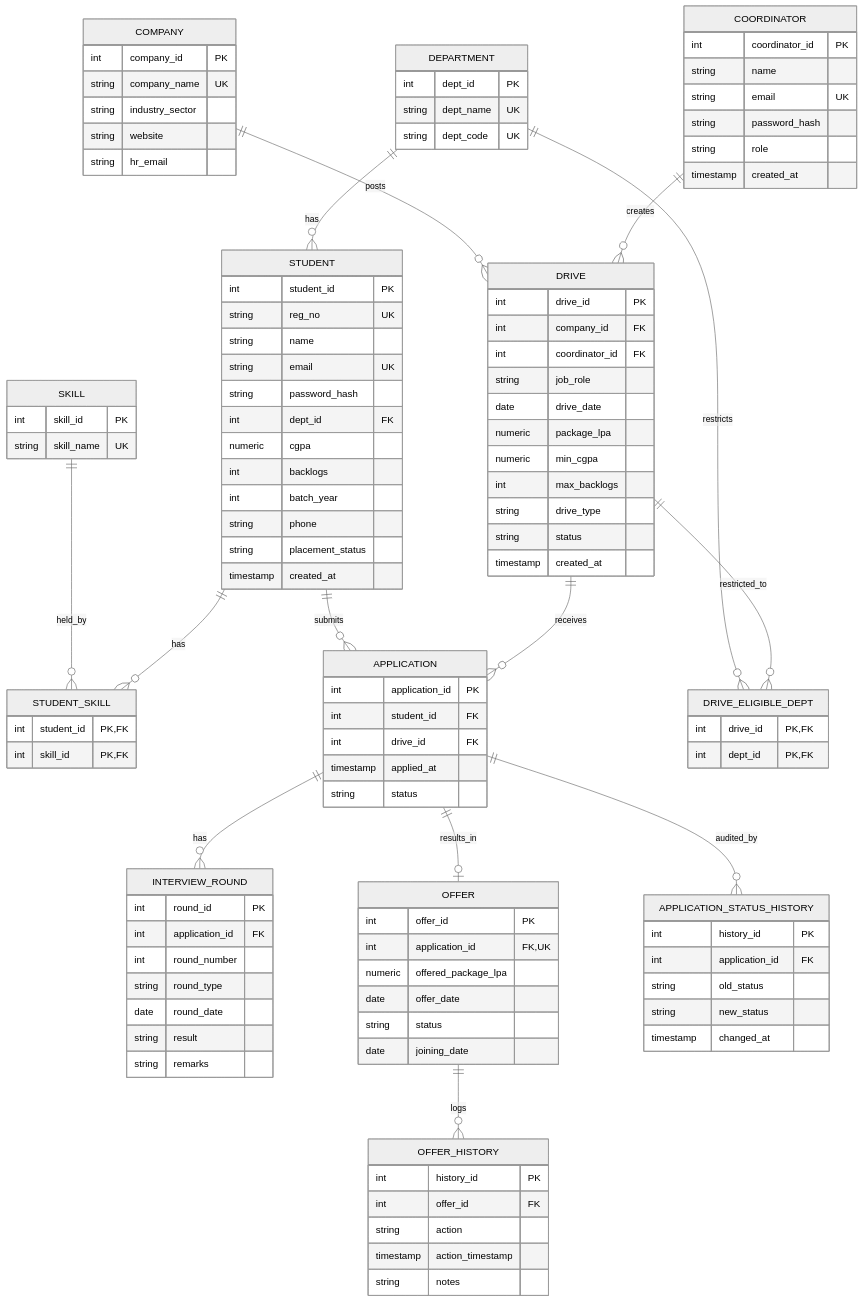
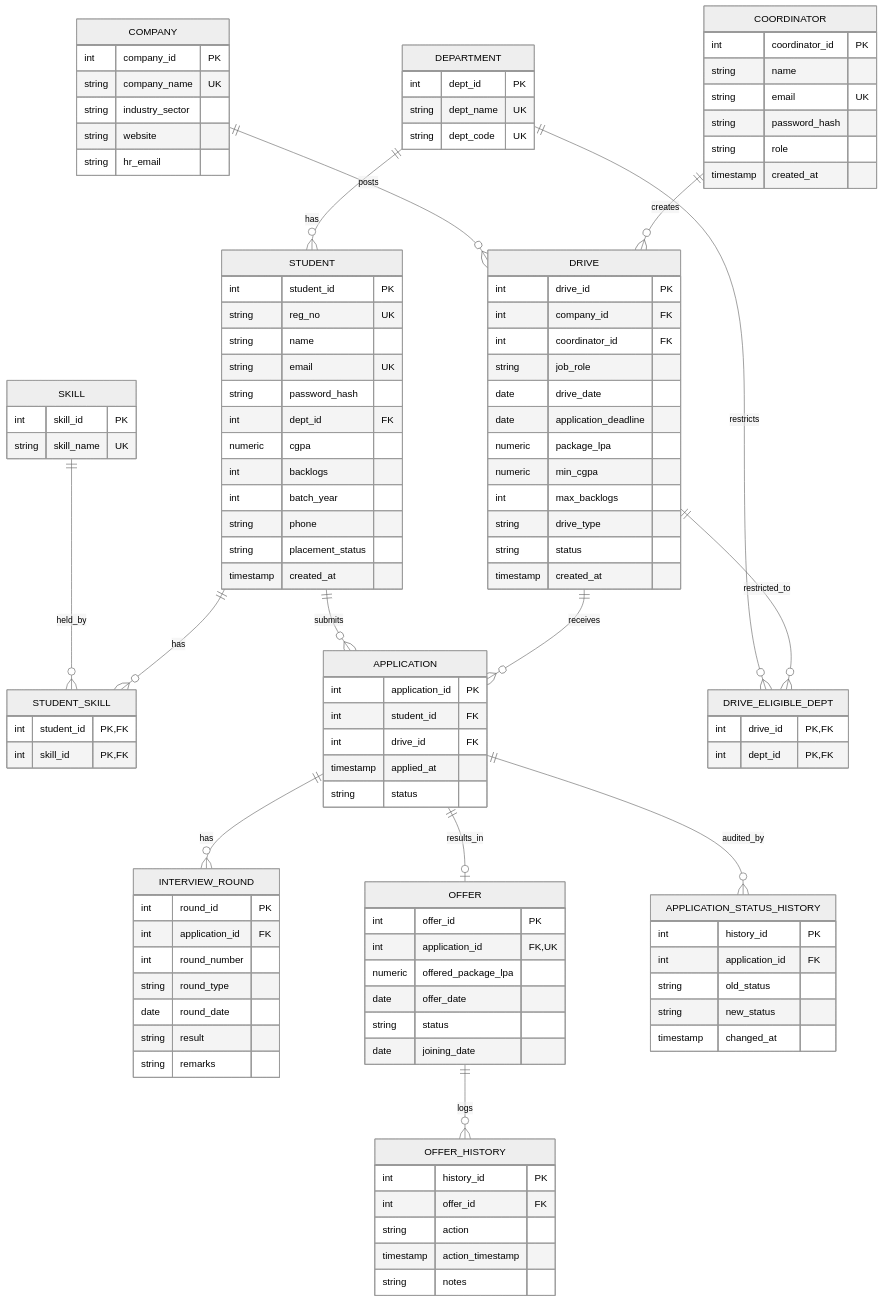
One commit to The-Natri/PlaceIQ changed the diagram in docs/er-diagram.md. Above: the diagram before and after it, drawn with Mermaid (neutral theme). The commit also changed other lines of this file and 24 other files, not shown here.

```diff
--- a/docs/er-diagram.md
+++ b/docs/er-diagram.md
@@ -64,6 +64,7 @@
         int coordinator_id FK
         string job_role
         date drive_date
+        date application_deadline
         numeric package_lpa
         numeric min_cgpa
         int max_backlogs
```
